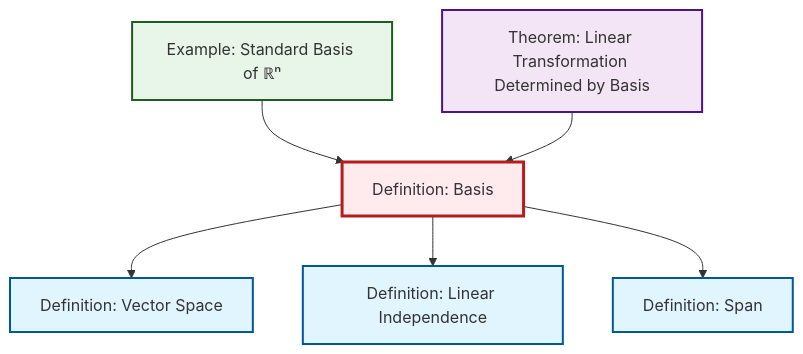
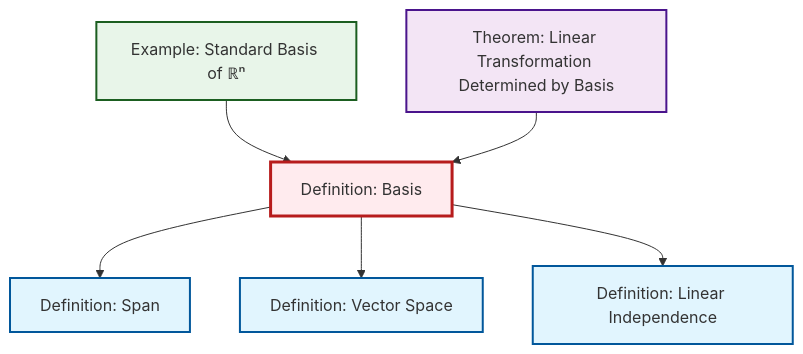
One commit to RK0429/ModernMath changed the diagram in content/ja/algebra/def-basis.qmd. Above: the diagram before and after it, drawn with Mermaid. The commit also changed other lines of this file and 554 other files, not shown here.

````diff
--- a/content/ja/algebra/def-basis.qmd
+++ b/content/ja/algebra/def-basis.qmd
@@ -56,26 +56,26 @@
 ```{mermaid}
 %%| fig-cap: "Local dependency graph"
 graph TD
     classDef definition fill:#e1f5fe,stroke:#01579b,stroke-width:2px
     classDef theorem fill:#f3e5f5,stroke:#4a148c,stroke-width:2px
     classDef axiom fill:#fff3e0,stroke:#e65100,stroke-width:2px
     classDef example fill:#e8f5e9,stroke:#1b5e20,stroke-width:2px
     classDef current fill:#ffebee,stroke:#b71c1c,stroke-width:3px
-    thm-linear-transformation-basis["Theorem: Linear Transformation Determined by Basis"]:::theorem
-    ex-standard-basis-rn["Example: Standard Basis of ℝⁿ"]:::example
     def-vector-space["Definition: Vector Space"]:::definition
     def-span["Definition: Span"]:::definition
+    thm-linear-transformation-basis["Theorem: Linear Transformation Determined by Basis"]:::theorem
+    def-basis["Definition: Basis"]:::definition
+    ex-standard-basis-rn["Example: Standard Basis of ℝⁿ"]:::example
     def-linear-independence["Definition: Linear Independence"]:::definition
-    def-basis["Definition: Basis"]:::definition
+    def-basis --> def-span
     ex-standard-basis-rn --> def-basis
     def-basis --> def-vector-space
+    thm-linear-transformation-basis --> def-basis
     def-basis --> def-linear-independence
-    def-basis --> def-span
-    thm-linear-transformation-basis --> def-basis
     class def-basis current
+    click def-vector-space "def-vector-space.html" "Definition: Vector Spaceへ"
+    click def-span "def-span.html" "Definition: Spanへ"
     click thm-linear-transformation-basis "thm-linear-transformation-basis.html" "Theorem: Linear Transformation Determined by Basisへ"
     click ex-standard-basis-rn "ex-standard-basis-rn.html" "Example: Standard Basis of ℝⁿへ"
-    click def-vector-space "def-vector-space.html" "Definition: Vector Spaceへ"
-    click def-span "def-span.html" "Definition: Spanへ"
     click def-linear-independence "def-linear-independence.html" "Definition: Linear Independenceへ"
 ```
````
